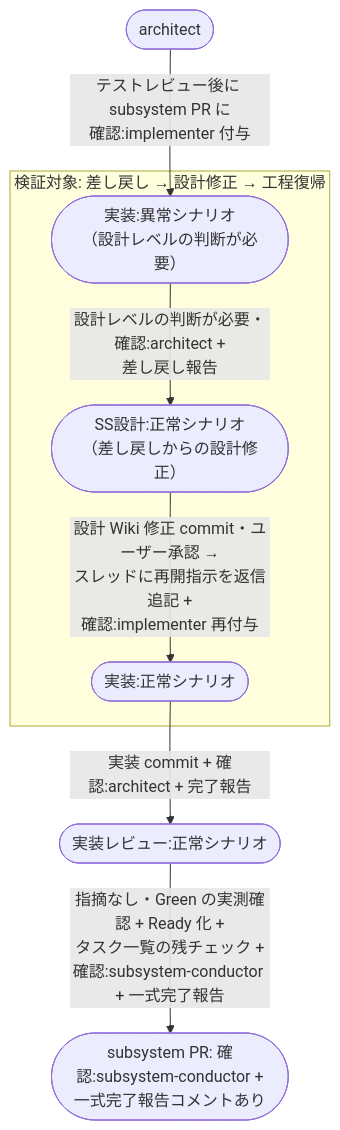
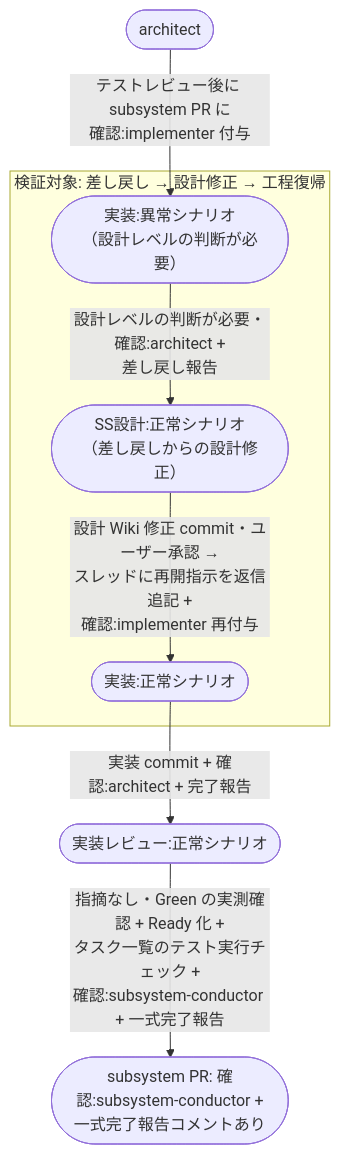
The second of 2 diagrams in docs/wiki/設計図/シナリオ/複合ユースケース/設計差し戻しからの設計修正.md (shuhei1101/ai-monitor), drawn with Mermaid before and after one commit. The commit also changed 77 other files, not shown here.

````diff
--- a/docs/wiki/設計図/シナリオ/複合ユースケース/設計差し戻しからの設計修正.md
+++ b/docs/wiki/設計図/シナリオ/複合ユースケース/設計差し戻しからの設計修正.md
@@ -65,17 +65,17 @@
 ```mermaid
 flowchart TD
   A0([architect]) -->|テストレビュー後に subsystem PR に<br>確認:implementer 付与| UC1
 
   subgraph FOCUS["検証対象: 差し戻し → 設計修正 → 工程復帰"]
     UC1([実装:異常シナリオ<br>（設計レベルの判断が必要）]) -->|設計レベルの判断が必要・確認:architect +<br>差し戻し報告| UC2([SS設計:正常シナリオ<br>（差し戻しからの設計修正）])
     UC2 -->|設計 Wiki 修正 commit・ユーザー承認 →<br>スレッドに再開指示を返信追記 +<br>確認:implementer 再付与| UC3([実装:正常シナリオ])
   end
 
   UC3 -->|実装 commit + 確認:architect + 完了報告| UC4([実装レビュー:正常シナリオ])
-  UC4 -->|指摘なし・Green の実測確認 + Ready 化 +<br>タスク一覧の残チェック +<br>確認:subsystem-conductor + 一式完了報告| DONE([subsystem PR: 確認:subsystem-conductor +<br>一式完了報告コメントあり])
+  UC4 -->|指摘なし・Green の実測確認 + Ready 化 +<br>タスク一覧のテスト実行チェック +<br>確認:subsystem-conductor + 一式完了報告| DONE([subsystem PR: 確認:subsystem-conductor +<br>一式完了報告コメントあり])
 
   click UC1 "../単一ユースケース/実装.md#異常シナリオ設計レベルの判断が必要"
   click UC2 "../単一ユースケース/SS設計.md#正常シナリオ差し戻しからの設計修正"
   click UC3 "../単一ユースケース/実装.md#正常シナリオ"
   click UC4 "../単一ユースケース/実装レビュー.md#正常シナリオ"
 ```
````
